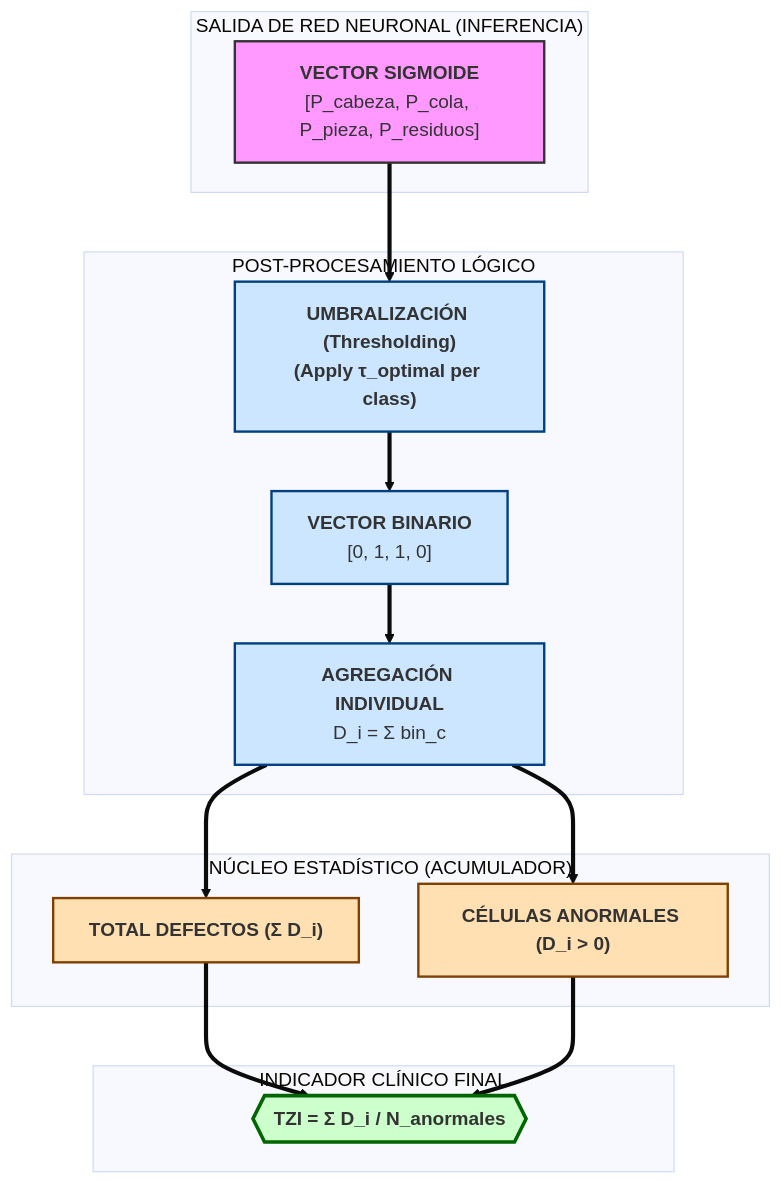
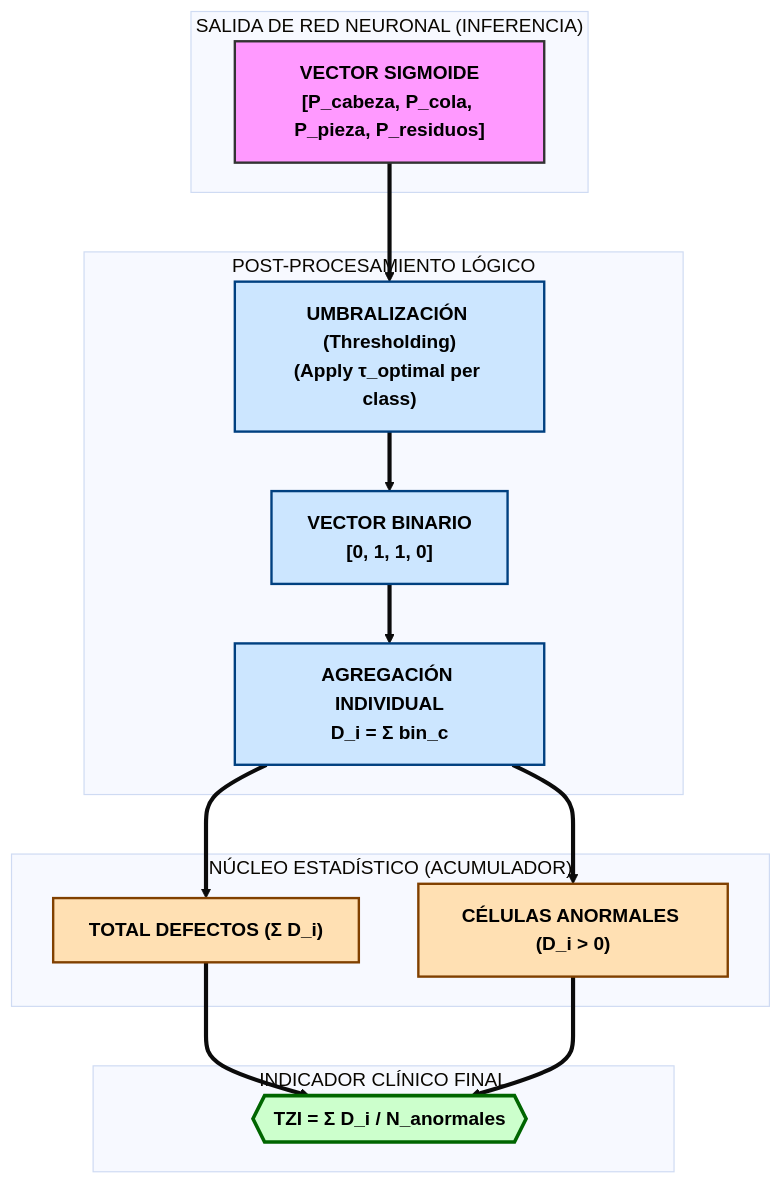
Before and after one commit to IFMLinares/Sperm_detection: the second of 2 diagrams in docs/RESULTADOS_TESIS.md, drawn with Mermaid (base theme).

Commit message:
docs: add technical validation report for sperm morphology classification model v8

````diff
--- a/docs/RESULTADOS_TESIS.md
+++ b/docs/RESULTADOS_TESIS.md
@@ -186,39 +186,39 @@
 ```mermaid
 graph TD
     subgraph "SALIDA DE RED NEURONAL (INFERENCIA)"
         SOFT["<b>VECTOR SIGMOIDE</b><br/>[P_cabeza, P_cola, P_pieza, P_residuos]"]
     end
 
     subgraph "POST-PROCESAMIENTO LÓGICO"
         TH["<b>UMBRALIZACIÓN (Thresholding)<b><br/>(Apply τ_optimal per class)"]
         BIN["<b>VECTOR BINARIO</b><br/>[0, 1, 1, 0]"]
         SUM["<b>AGREGACIÓN INDIVIDUAL</b><br/>D_i = Σ bin_c"]
     end
 
     subgraph "NÚCLEO ESTADÍSTICO (ACUMULADOR)"
         ACC_D["<b>TOTAL DEFECTOS (Σ D_i)</b>"]
         ACC_N["<b>CÉLULAS ANORMALES (D_i > 0)</b>"]
     end
 
     subgraph "INDICADOR CLÍNICO FINAL"
         TZI_F{{"<b>TZI = Σ D_i / N_anormales</b>"}}
     end
 
     SOFT ==> TH
     TH ==> BIN
     BIN ==> SUM
     SUM ==> ACC_D
     SUM ==> ACC_N
     ACC_D & ACC_N ==> TZI_F
 
-    %% Estilos
-    classDef inference fill:#f9f,stroke:#333,stroke-width:2px;
-    classDef logic fill:#cce6ff,stroke:#004080,stroke-width:2px;
-    classDef stats fill:#ffe0b3,stroke:#804000,stroke-width:2px;
-    classDef final fill:#ccffcc,stroke:#006600,stroke-width:3px;
+    %% Estilos de alto contraste para máxima legibilidad
+    classDef inference fill:#f9f,stroke:#333,stroke-width:2px,color:#000,font-weight:bold;
+    classDef logic fill:#cce6ff,stroke:#004080,stroke-width:2px,color:#000,font-weight:bold;
+    classDef stats fill:#ffe0b3,stroke:#804000,stroke-width:2px,color:#000,font-weight:bold;
+    classDef final fill:#ccffcc,stroke:#006600,stroke-width:3px,color:#000,font-weight:bold;
     
     class SOFT inference;
     class TH,BIN,SUM logic;
     class ACC_D,ACC_N stats;
     class TZI_F final;
 ```
````
